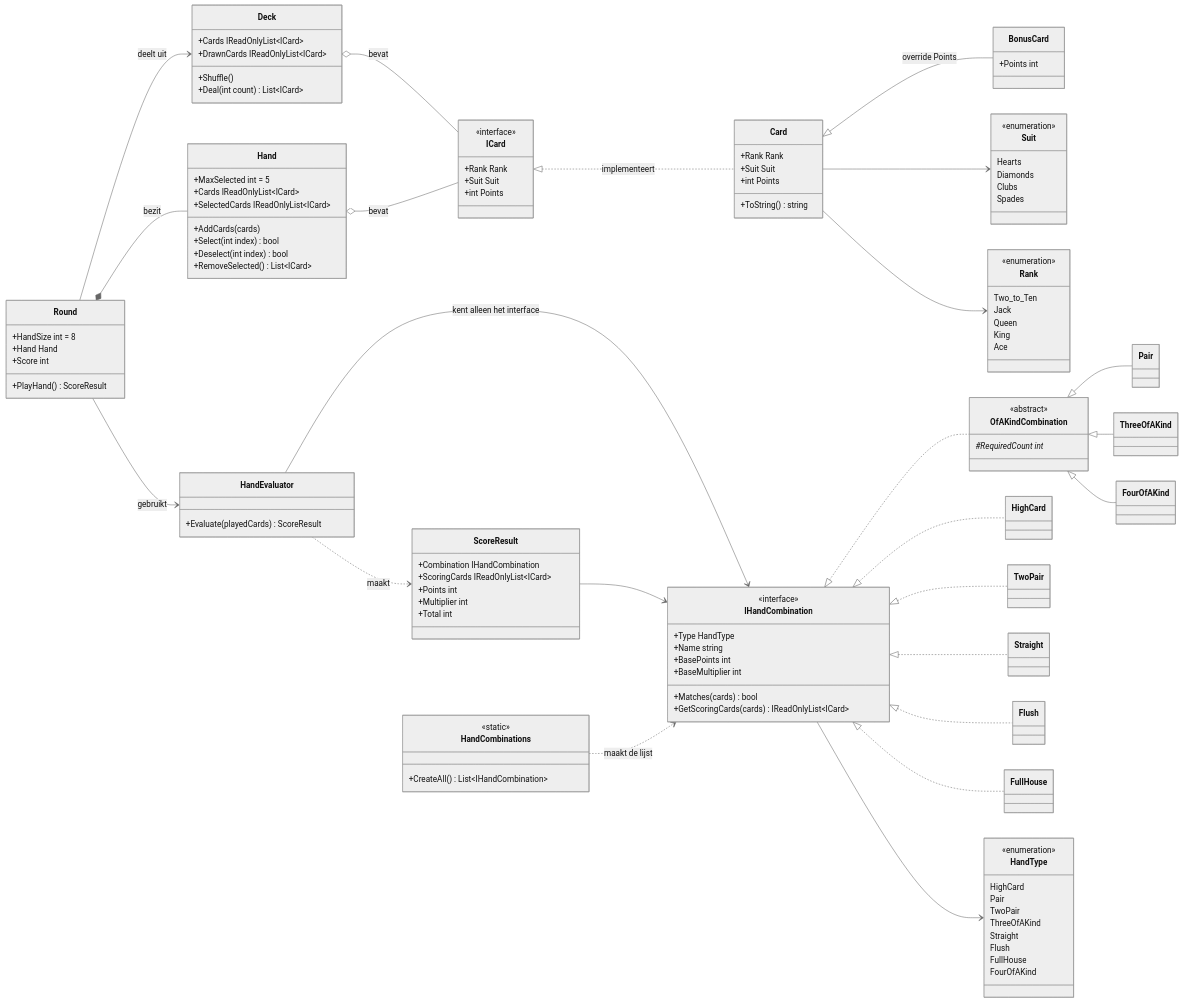
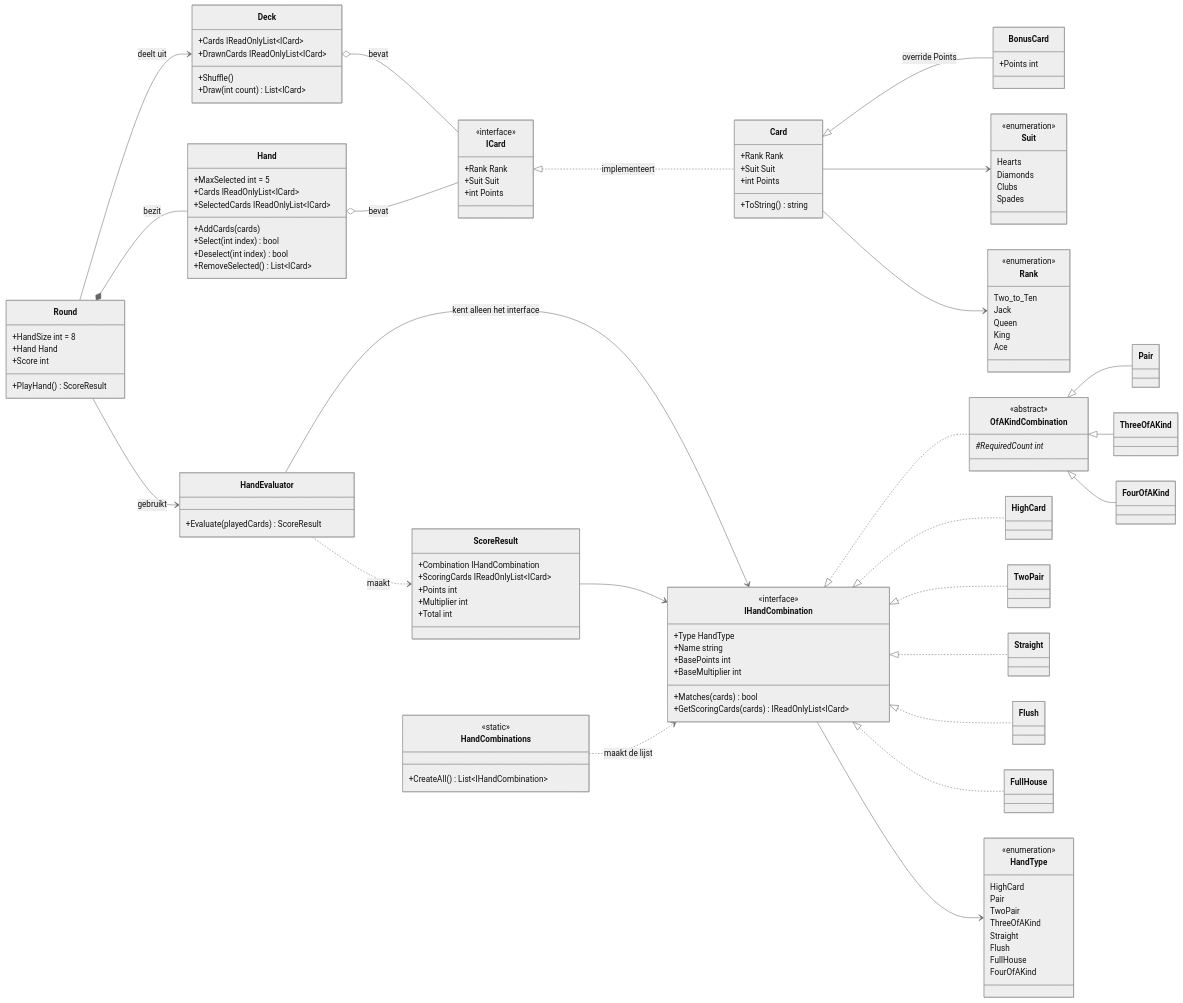
Before and after one commit to Esimaker/Balatro-Project: the diagram in docs/klassendiagram.md, drawn with Mermaid (neutral theme). The commit also changed 6 other files, not shown here.

First line of the commit message:
Rename Deck.Deal to Deck.Draw to match the school assignment

```diff
--- a/docs/klassendiagram.md
+++ b/docs/klassendiagram.md
@@ -27,7 +27,7 @@
         +Cards IReadOnlyList~ICard~
         +DrawnCards IReadOnlyList~ICard~
         +Shuffle()
-        +Deal(int count) List~ICard~
+        +Draw(int count) List~ICard~
     }
     class Hand {
         +MaxSelected int = 5
```
